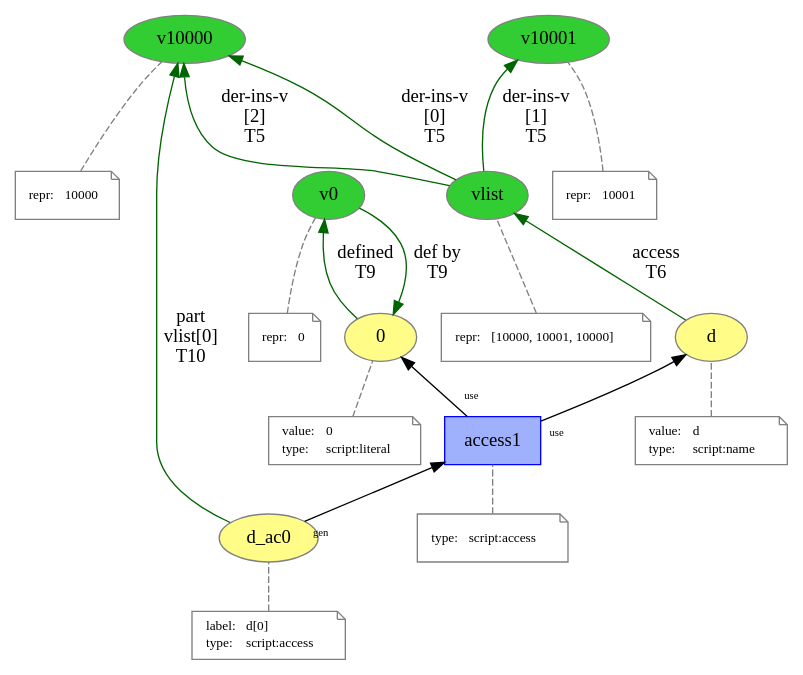
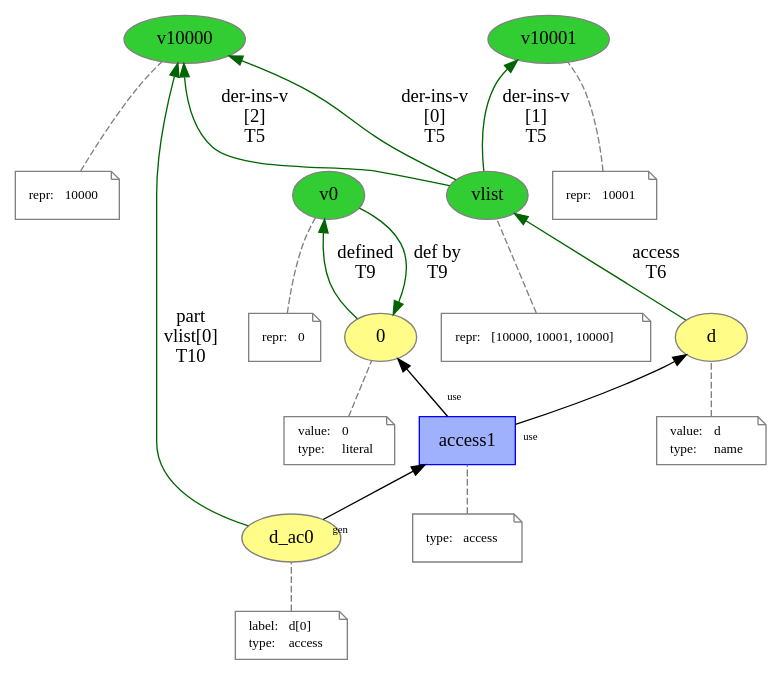
One commit to dew-uff/versioned-prov changed the diagram in images/mutable_prov/access.dot. Above: the diagram before and after it, drawn with Graphviz. The commit also changed 216 other files, not shown here.

```diff
--- a/images/mutable_prov/access.dot
+++ b/images/mutable_prov/access.dot
@@ -1,99 +1,99 @@
 digraph "PROV" { size="16,12"; rankdir="BT";
 "http://example.org/vlist" [fillcolor="#32CD32",color="#808080",style="filled",label="vlist",URL="http://example.org/vlist"]
 "-attrs0" [color="gray",shape="note",fontsize="10",fontcolor="black",label=<<TABLE cellpadding="0" border="0">
 	<TR>
 	    <TD align="left">repr:</TD>
 	    <TD align="left">[10000, 10001, 10000]</TD>
 	</TR>
 </TABLE>>]
 "-attrs0" -> "http://example.org/vlist" [color="gray",style="dashed",arrowhead="none"]
 "http://example.org/v10000" [fillcolor="#32CD32",color="#808080",style="filled",label="v10000",URL="http://example.org/v10000"]
 "-attrs1" [color="gray",shape="note",fontsize="10",fontcolor="black",label=<<TABLE cellpadding="0" border="0">
 	<TR>
 	    <TD align="left">repr:</TD>
 	    <TD align="left">10000</TD>
 	</TR>
 </TABLE>>]
 "-attrs1" -> "http://example.org/v10000" [color="gray",style="dashed",arrowhead="none"]
 "http://example.org/v10001" [fillcolor="#32CD32",color="#808080",style="filled",label="v10001",URL="http://example.org/v10001"]
 "-attrs2" [color="gray",shape="note",fontsize="10",fontcolor="black",label=<<TABLE cellpadding="0" border="0">
 	<TR>
 	    <TD align="left">repr:</TD>
 	    <TD align="left">10001</TD>
 	</TR>
 </TABLE>>]
 "-attrs2" -> "http://example.org/v10001" [color="gray",style="dashed",arrowhead="none"]
 "http://example.org/vlist" -> "http://example.org/v10000" [labelfontsize="8",labeldistance="1.5",color="darkgreen",labelangle="60.0",rotation="20",label="der-ins-v
 [0]
 T5"]
 "http://example.org/vlist" -> "http://example.org/v10001" [labelfontsize="8",labeldistance="1.5",color="darkgreen",labelangle="60.0",rotation="20",label="der-ins-v
 [1]
 T5"]
 "http://example.org/vlist" -> "http://example.org/v10000" [labelfontsize="8",labeldistance="1.5",color="darkgreen",labelangle="60.0",rotation="20",label="der-ins-v
 [2]
 T5"]
 "http://example.org/d" [fillcolor="#FFFC87",color="#808080",style="filled",label="d",URL="http://example.org/d"]
 "-attrs3" [color="gray",shape="note",fontsize="10",fontcolor="black",label=<<TABLE cellpadding="0" border="0">
 	<TR>
 	    <TD align="left">value:</TD>
 	    <TD align="left">d</TD>
 	</TR>
 	<TR>
 	    <TD align="left">type:</TD>
-	    <TD align="left">script:name</TD>
+	    <TD align="left">name</TD>
 	</TR>
 </TABLE>>]
 "-attrs3" -> "http://example.org/d" [color="gray",style="dashed",arrowhead="none"]
 "http://example.org/d" -> "http://example.org/vlist" [labelfontsize="8",labeldistance="1.5",color="darkgreen",labelangle="60.0",rotation="20",label="access
 T6"]
 "http://example.org/0" [fillcolor="#FFFC87",color="#808080",style="filled",label="0",URL="http://example.org/0"]
 "-attrs4" [color="gray",shape="note",fontsize="10",fontcolor="black",label=<<TABLE cellpadding="0" border="0">
 	<TR>
 	    <TD align="left">value:</TD>
 	    <TD align="left">0</TD>
 	</TR>
 	<TR>
 	    <TD align="left">type:</TD>
-	    <TD align="left">script:literal</TD>
+	    <TD align="left">literal</TD>
 	</TR>
 </TABLE>>]
 "-attrs4" -> "http://example.org/0" [color="gray",style="dashed",arrowhead="none"]
 "http://example.org/v0" [fillcolor="#32CD32",color="#808080",style="filled",label="v0",URL="http://example.org/v0"]
 "-attrs5" [color="gray",shape="note",fontsize="10",fontcolor="black",label=<<TABLE cellpadding="0" border="0">
 	<TR>
 	    <TD align="left">repr:</TD>
 	    <TD align="left">0</TD>
 	</TR>
 </TABLE>>]
 "-attrs5" -> "http://example.org/v0" [color="gray",style="dashed",arrowhead="none"]
 "http://example.org/0" -> "http://example.org/v0" [labelfontsize="8",labeldistance="1.5",color="darkgreen",labelangle="60.0",rotation="20",label="defined
 T9"]
 "http://example.org/v0" -> "http://example.org/0" [labelfontsize="8",labeldistance="1.5",color="darkgreen",labelangle="60.0",rotation="20",label="def by
 T9"]
 "http://example.org/d_ac0" [fillcolor="#FFFC87",color="#808080",style="filled",label="d_ac0",URL="http://example.org/d_ac0"]
 "-attrs6" [color="gray",shape="note",fontsize="10",fontcolor="black",label=<<TABLE cellpadding="0" border="0">
 	<TR>
 	    <TD align="left">label:</TD>
 	    <TD align="left">d[0]</TD>
 	</TR>
 	<TR>
 	    <TD align="left">type:</TD>
-	    <TD align="left">script:access</TD>
+	    <TD align="left">access</TD>
 	</TR>
 </TABLE>>]
 "-attrs6" -> "http://example.org/d_ac0" [color="gray",style="dashed",arrowhead="none"]
 "http://example.org/d_ac0" -> "http://example.org/v10000" [labelfontsize="8",labeldistance="1.5",color="darkgreen",labelangle="60.0",rotation="20",label="part
 vlist[0]
 T10"]
 "http://example.org/access1" [fillcolor="#9FB1FC",color="#0000FF",shape="polygon",sides="4",style="filled",label="access1",URL="http://example.org/access1"]
 "-attrs7" [color="gray",shape="note",fontsize="10",fontcolor="black",label=<<TABLE cellpadding="0" border="0">
 	<TR>
 	    <TD align="left">type:</TD>
-	    <TD align="left">script:access</TD>
+	    <TD align="left">access</TD>
 	</TR>
 </TABLE>>]
 "-attrs7" -> "http://example.org/access1" [color="gray",style="dashed",arrowhead="none"]
 "http://example.org/access1" -> "http://example.org/d" [labelfontsize="8",labeldistance="1.5",labelangle="60.0",rotation="20",taillabel="use"]
 "http://example.org/access1" -> "http://example.org/0" [labelfontsize="8",labeldistance="1.5",labelangle="60.0",rotation="20",taillabel="use"]
 "http://example.org/d_ac0" -> "http://example.org/access1" [labelfontsize="8",labeldistance="1.5",labelangle="60.0",rotation="20",taillabel="gen"]
 }
```
